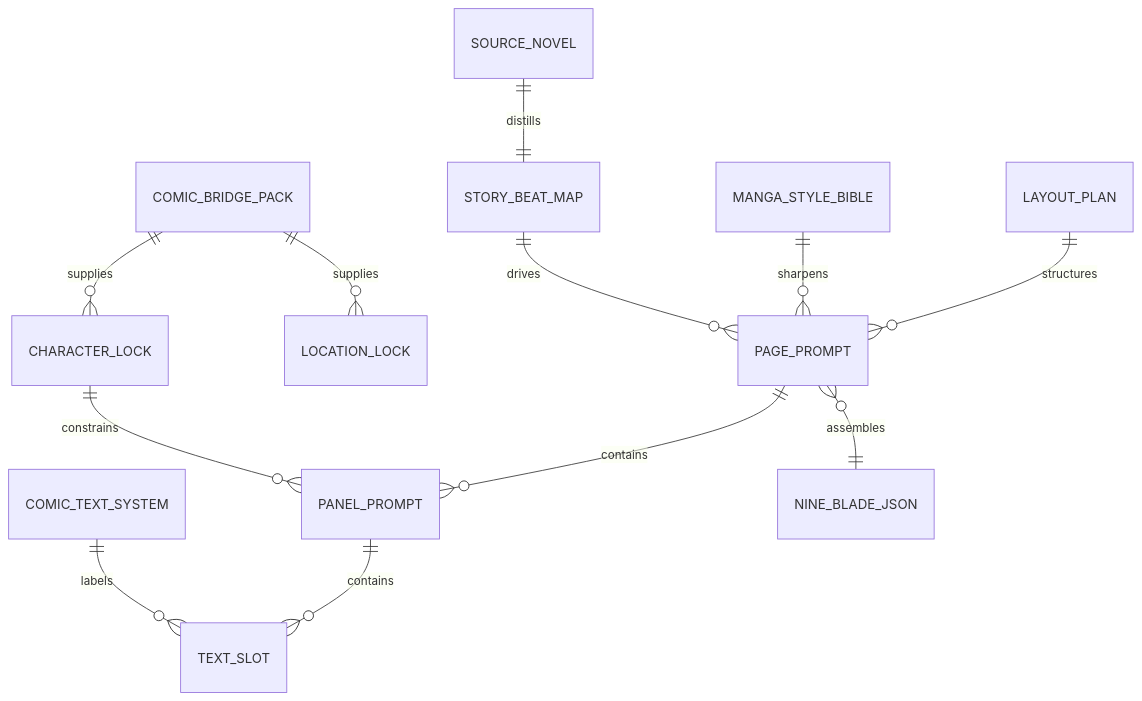
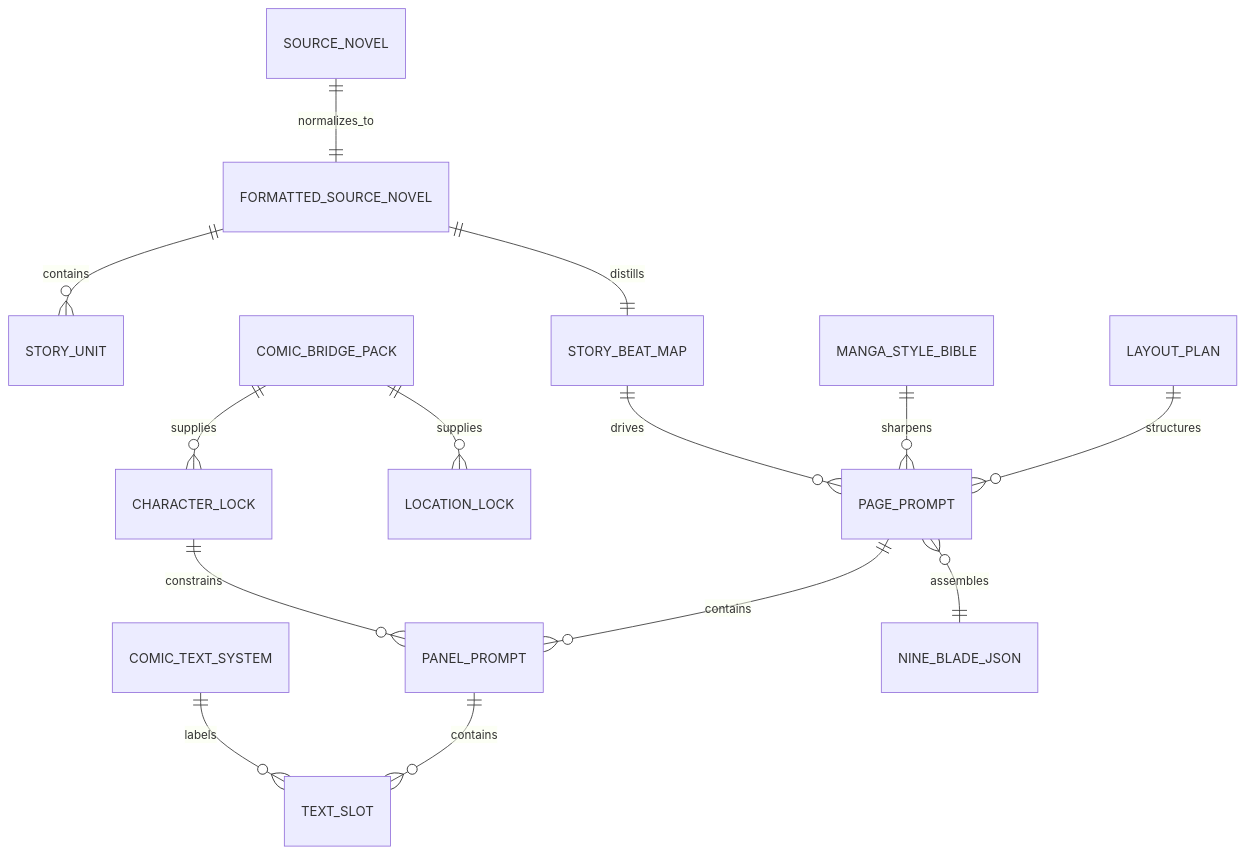
One commit to ZEN-VOID/AI-CUT changed the fourth of 6 diagrams in .agents/skills/comic/2-九刀流漫画提示词/SKILL.md. Above: the diagram before and after it, drawn with Mermaid. The commit also changed other lines of this file and 41 other files, not shown here.

````diff
--- a/.agents/skills/comic/2-九刀流漫画提示词/SKILL.md
+++ b/.agents/skills/comic/2-九刀流漫画提示词/SKILL.md
@@ -121,14 +178,16 @@
 ```mermaid
 erDiagram
-    SOURCE_NOVEL ||--|| STORY_BEAT_MAP : distills
+    SOURCE_NOVEL ||--|| FORMATTED_SOURCE_NOVEL : normalizes_to
+    FORMATTED_SOURCE_NOVEL ||--o{ STORY_UNIT : contains
+    FORMATTED_SOURCE_NOVEL ||--|| STORY_BEAT_MAP : distills
     COMIC_BRIDGE_PACK ||--o{ CHARACTER_LOCK : supplies
     COMIC_BRIDGE_PACK ||--o{ LOCATION_LOCK : supplies
     STORY_BEAT_MAP ||--o{ PAGE_PROMPT : drives
     MANGA_STYLE_BIBLE ||--o{ PAGE_PROMPT : sharpens
     LAYOUT_PLAN ||--o{ PAGE_PROMPT : structures
     CHARACTER_LOCK ||--o{ PANEL_PROMPT : constrains
     COMIC_TEXT_SYSTEM ||--o{ TEXT_SLOT : labels
     PAGE_PROMPT ||--o{ PANEL_PROMPT : contains
     PANEL_PROMPT ||--o{ TEXT_SLOT : contains
     PAGE_PROMPT }o--|| NINE_BLADE_JSON : assembles
 ```
````
